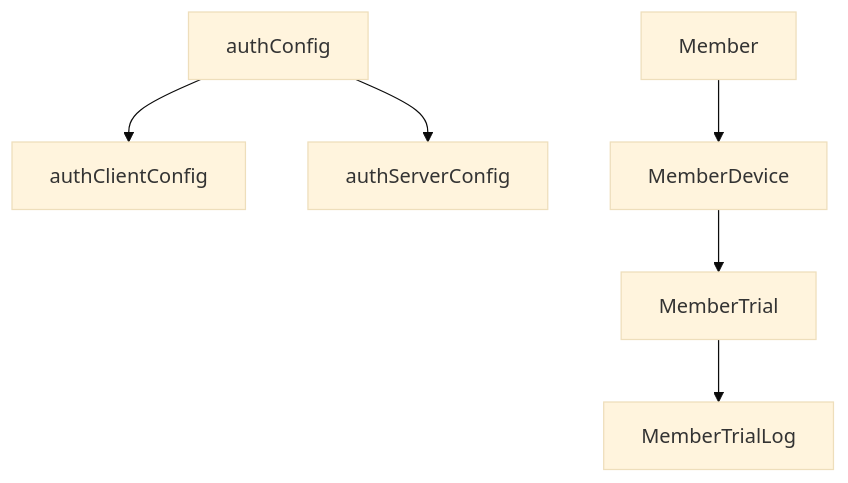
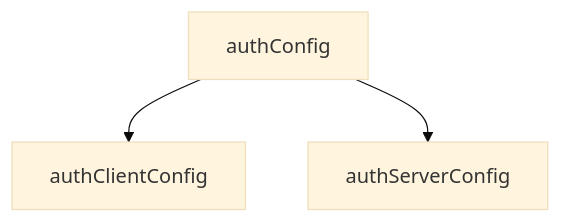
The first of 5 diagrams in underDev/Auth/src/common/typedef.md (nakaone/library), drawn with Mermaid (base theme) before and after one commit. The commit also changed other lines of this file and 14 other files, not shown here.

````diff
--- a/underDev/Auth/src/common/typedef.md
+++ b/underDev/Auth/src/common/typedef.md
@@ -15,8 +43,5 @@
 ```mermaid
 graph TD
   authConfig --> authClientConfig
   authConfig --> authServerConfig
-  Member --> MemberDevice
-  MemberDevice --> MemberTrial
-  MemberTrial --> MemberTrialLog
 ```
````
